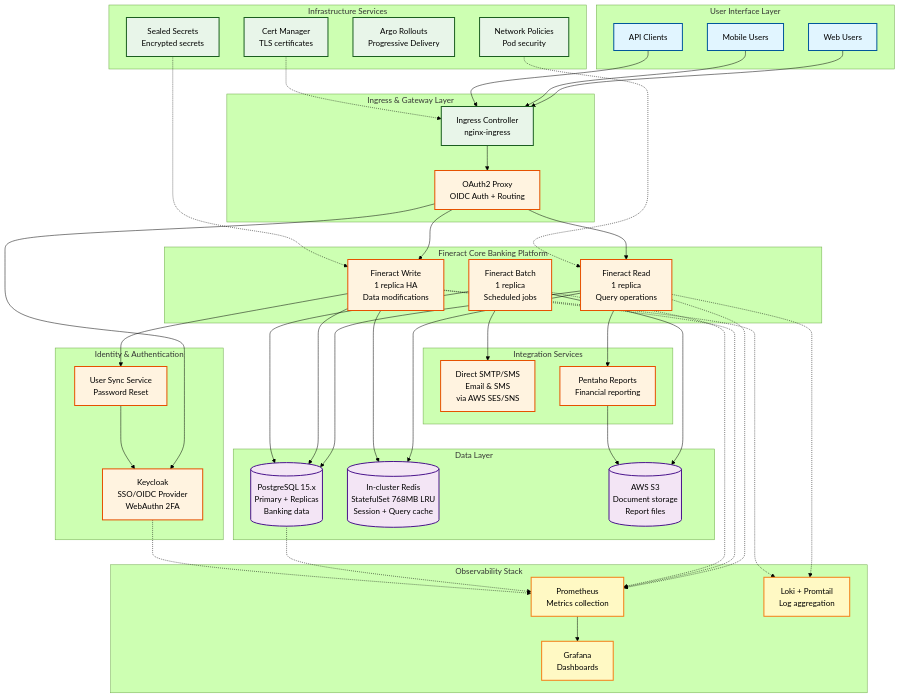
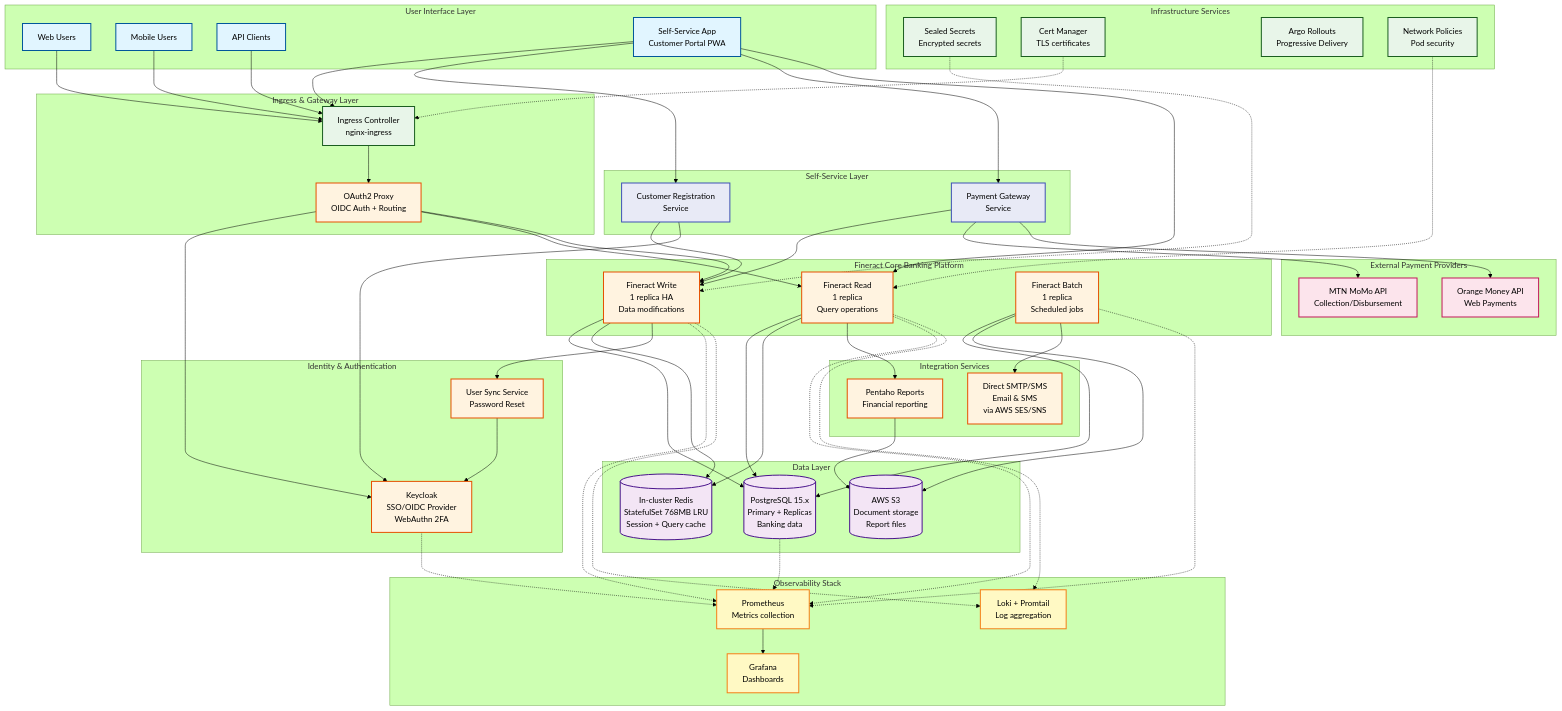
One commit to ADORSYS-GIS/fineract-gitops changed the first of 13 diagrams in docs/ARCHITECTURE.md. Above: the diagram before and after it, drawn with Mermaid (forest theme). The commit also changed 1 other file, not shown here.

Commit message:
docs(architecture): add Self-Service Layer to architecture diagrams
- Add Self-Service App, Customer Registration Service, and Payment Gateway
  Service to high-level system architecture in ARCHITECTURE.md
- Add External Payment Providers (MTN MoMo, Orange Money) subgraph
- Add connection lines showing data flow between Self-Service components
- Update DIAGRAMS.md with Self-Service Layer ASCII diagrams
- Add Self-Service Data Flow section with:
  - Customer Registration Flow
  - Mobile Money Deposit Flow
  - View Transactions Flow (direct to Fineract)
  - KYC Document Upload Flow
- Add API Routing Summary table explaining service routing

````diff
--- a/docs/ARCHITECTURE.md
+++ b/docs/ARCHITECTURE.md
@@ -45,6 +45,7 @@
         WebUser[Web Users]
         MobileUser[Mobile Users]
         APIClient[API Clients]
+        SelfServiceApp[Self-Service App<br/>Customer Portal PWA]
     end
 
     subgraph "Ingress & Gateway Layer"
@@ -72,6 +73,16 @@
     subgraph "Integration Services"
         SMTPSender[Direct SMTP/SMS<br/>Email & SMS<br/>via AWS SES/SNS]
         Pentaho[Pentaho Reports<br/>Financial reporting]
+    end
+
+    subgraph "Self-Service Layer"
+        CustomerReg[Customer Registration<br/>Service]
+        PaymentGateway[Payment Gateway<br/>Service]
+    end
+
+    subgraph "External Payment Providers"
+        MTNMoMo[MTN MoMo API<br/>Collection/Disbursement]
+        OrangeMoney[Orange Money API<br/>Web Payments]
     end
 
     subgraph "Observability Stack"
@@ -132,15 +143,32 @@
     CertManager -.-> Ingress
     NetworkPolicies -.-> FineractRead
 
+    %% Self-Service connections
+    SelfServiceApp --> Ingress
+    SelfServiceApp --> CustomerReg
+    SelfServiceApp --> PaymentGateway
+    SelfServiceApp --> FineractRead
+
+    CustomerReg --> FineractWrite
+    CustomerReg --> Keycloak
+
+    PaymentGateway --> FineractWrite
+    PaymentGateway --> MTNMoMo
+    PaymentGateway --> OrangeMoney
+
     classDef frontend fill:#e1f5ff,stroke:#01579b,stroke-width:2px
     classDef backend fill:#fff3e0,stroke:#e65100,stroke-width:2px
     classDef data fill:#f3e5f5,stroke:#4a148c,stroke-width:2px
     classDef infra fill:#e8f5e9,stroke:#1b5e20,stroke-width:2px
     classDef obs fill:#fff9c4,stroke:#f57f17,stroke-width:2px
+    classDef selfservice fill:#e8eaf6,stroke:#3f51b5,stroke-width:2px
+    classDef external fill:#fce4ec,stroke:#c2185b,stroke-width:2px
 
-    class WebUser,MobileUser,APIClient frontend
+    class WebUser,MobileUser,APIClient,SelfServiceApp frontend
     class OAuth2Proxy,FineractRead,FineractWrite,FineractBatch,Keycloak,UserSync,SMTPSender,Pentaho backend
     class PostgreSQL,Redis,S3 data
     class Ingress,SealedSecrets,CertManager,ArgoRollouts,NetworkPolicies infra
     class Prometheus,Grafana,Loki obs
+    class CustomerReg,PaymentGateway selfservice
+    class MTNMoMo,OrangeMoney external
 ```
````
